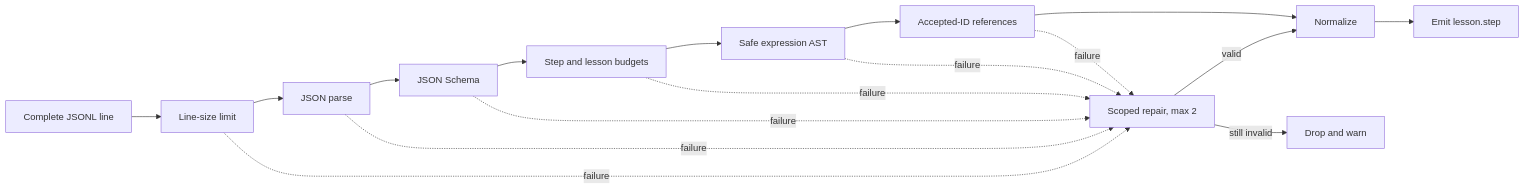
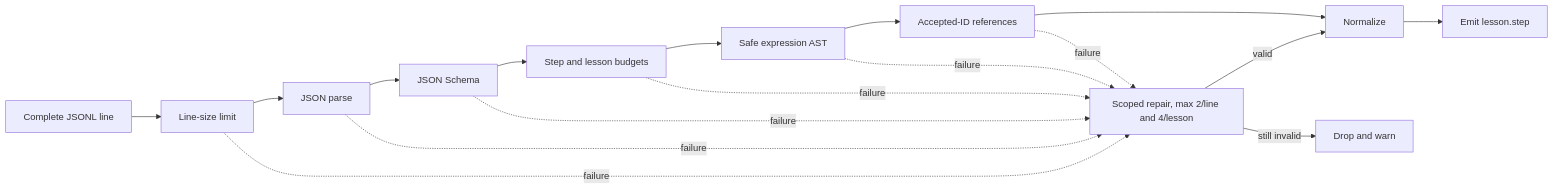
The fifth of 7 diagrams in ARCHITECTURE.md (Shane12344321/chalk), drawn with Mermaid before and after one commit. The commit also changed other lines of this file and 120 other files, not shown here.

````diff
--- a/ARCHITECTURE.md
+++ b/ARCHITECTURE.md
@@ -300,20 +301,20 @@
 ```mermaid
 flowchart LR
     Line["Complete JSONL line"] --> Size["Line-size limit"]
     Size --> JSON["JSON parse"]
     JSON --> Schema["JSON Schema"]
     Schema --> Budget["Step and lesson budgets"]
     Budget --> Expr["Safe expression AST"]
     Expr --> Refs["Accepted-ID references"]
     Refs --> Normalize["Normalize"]
     Normalize --> Emit["Emit lesson.step"]
 
-    Size -. failure .-> Repair["Scoped repair, max 2"]
+    Size -. failure .-> Repair["Scoped repair, max 2/line and 4/lesson"]
     JSON -. failure .-> Repair
     Schema -. failure .-> Repair
     Budget -. failure .-> Repair
     Expr -. failure .-> Repair
     Refs -. failure .-> Repair
     Repair -->|"valid"| Normalize
     Repair -->|"still invalid"| Drop["Drop and warn"]
 ```
````
